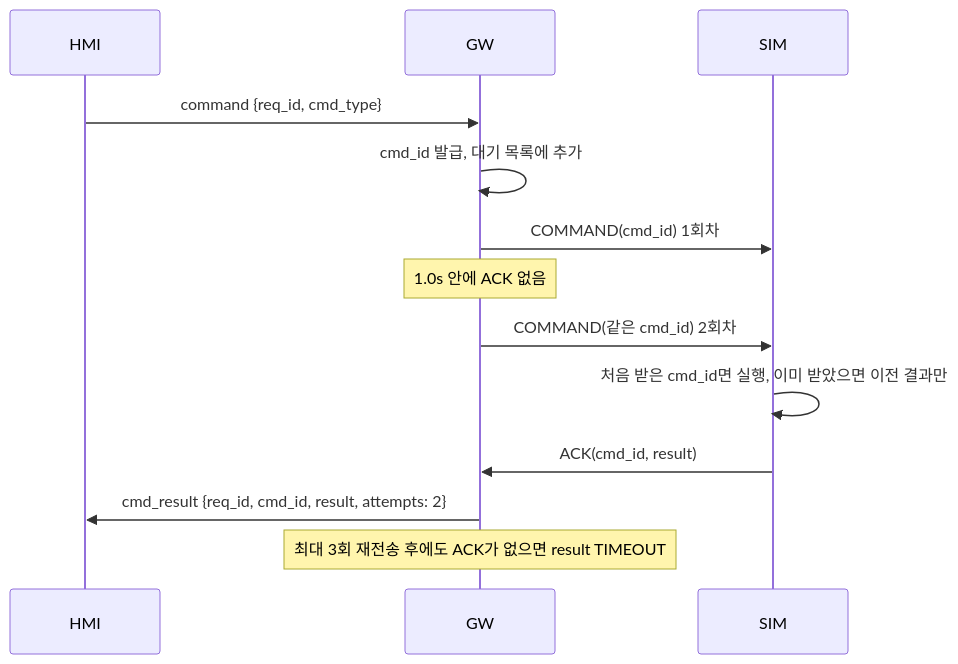
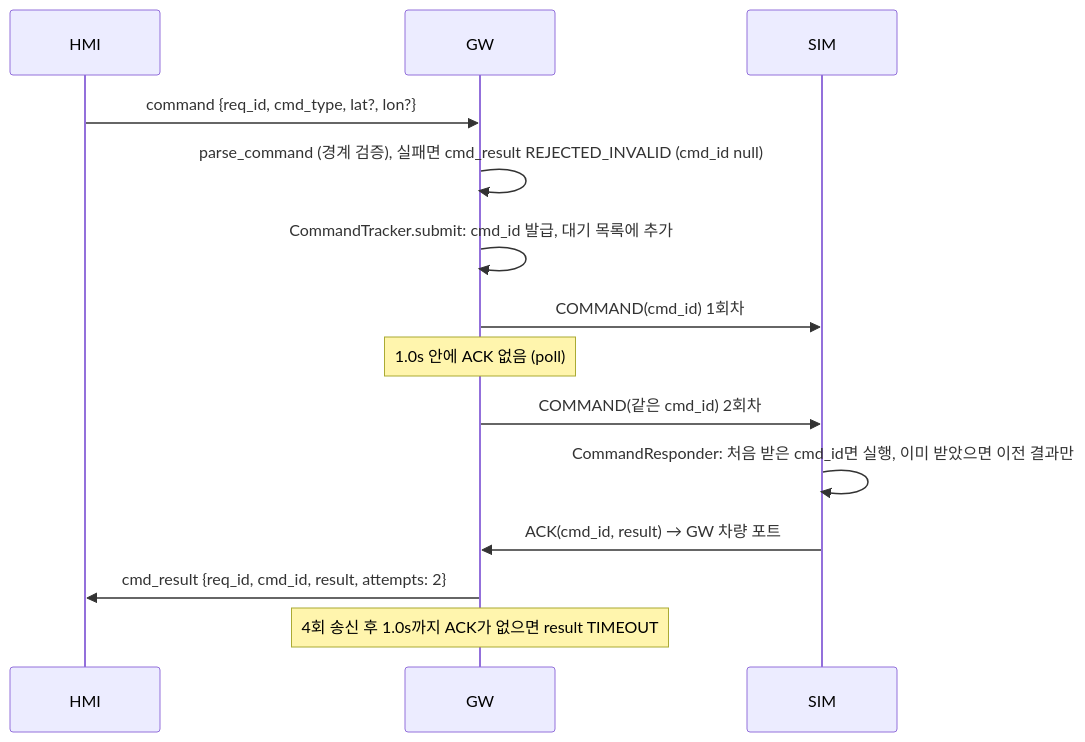
One commit to PuniPaw/ugv-control-hmi changed the fourth of 6 diagrams in docs/03_SDD.md. Above: the diagram before and after it, drawn with Mermaid. The commit also changed other lines of this file and 3 other files, not shown here.

First line of the commit message:
docs: ICD v0.11 명령 중계 규약, SDD v0.3 6장 구현, STP v0.13 TC-CMD [REQ-CMD-002] [REQ-CMD-003] [REQ-CMD-005] [REQ-CMD-006]

````diff
--- a/docs/03_SDD.md
+++ b/docs/03_SDD.md
@@ -157,15 +156,16 @@
 ```mermaid
 sequenceDiagram
     participant HMI
     participant GW
     participant SIM
-    HMI->>GW: command {req_id, cmd_type}
-    GW->>GW: cmd_id 발급, 대기 목록에 추가
+    HMI->>GW: command {req_id, cmd_type, lat?, lon?}
+    GW->>GW: parse_command (경계 검증), 실패면 cmd_result REJECTED_INVALID (cmd_id null)
+    GW->>GW: CommandTracker.submit: cmd_id 발급, 대기 목록에 추가
     GW->>SIM: COMMAND(cmd_id) 1회차
-    Note over GW: 1.0s 안에 ACK 없음
+    Note over GW: 1.0s 안에 ACK 없음 (poll)
     GW->>SIM: COMMAND(같은 cmd_id) 2회차
-    SIM->>SIM: 처음 받은 cmd_id면 실행, 이미 받았으면 이전 결과만
-    SIM->>GW: ACK(cmd_id, result)
+    SIM->>SIM: CommandResponder: 처음 받은 cmd_id면 실행, 이미 받았으면 이전 결과만
+    SIM->>GW: ACK(cmd_id, result) → GW 차량 포트
     GW->>HMI: cmd_result {req_id, cmd_id, result, attempts: 2}
-    Note over GW: 최대 3회 재전송 후에도 ACK가 없으면 result TIMEOUT
+    Note over GW: 4회 송신 후 1.0s까지 ACK가 없으면 result TIMEOUT
 ```
````
